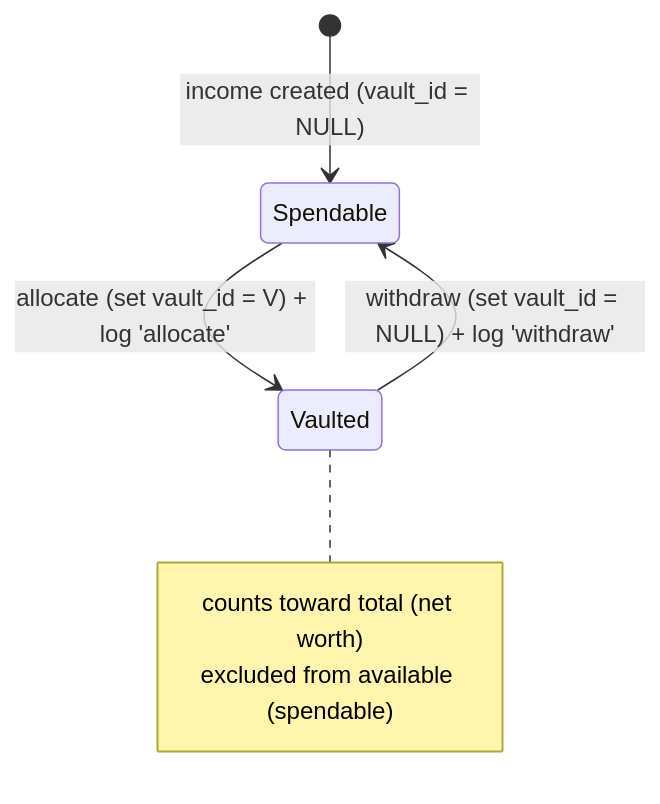
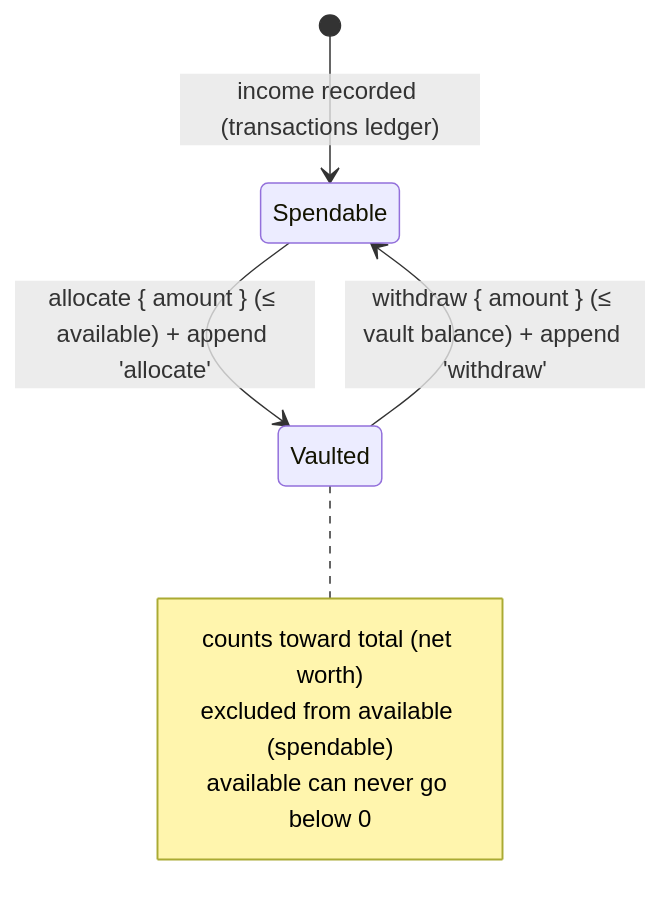
One commit to JayroGG/balance changed the third of 4 diagrams in ARCHITECTURE.md. Above: the diagram before and after it, drawn with Mermaid. The commit also changed other lines of this file and 6 other files, not shown here.

````diff
--- a/ARCHITECTURE.md
+++ b/ARCHITECTURE.md
@@ -79,10 +75,11 @@
 ```mermaid
 stateDiagram-v2
-    [*] --> Spendable: income created (vault_id = NULL)
-    Spendable --> Vaulted: allocate (set vault_id = V) + log 'allocate'
-    Vaulted --> Spendable: withdraw (set vault_id = NULL) + log 'withdraw'
+    [*] --> Spendable: income recorded (transactions ledger)
+    Spendable --> Vaulted: allocate { amount } (≤ available) + append 'allocate'
+    Vaulted --> Spendable: withdraw { amount } (≤ vault balance) + append 'withdraw'
     note right of Vaulted
         counts toward total (net worth)
         excluded from available (spendable)
+        available can never go below 0
     end note
 ```
````
